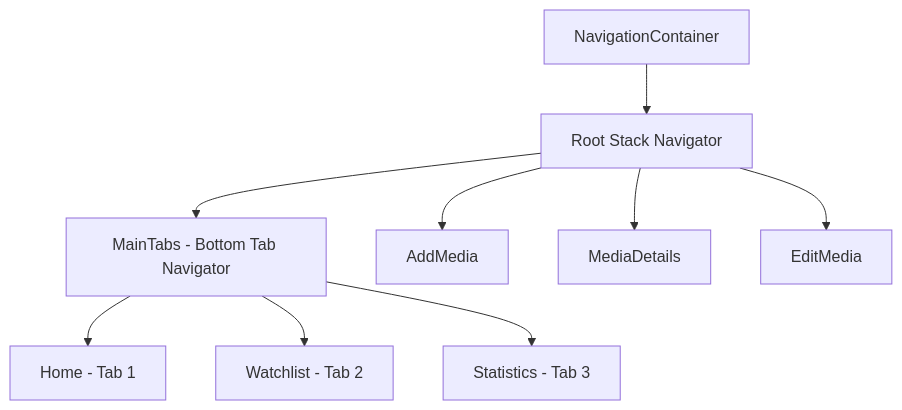
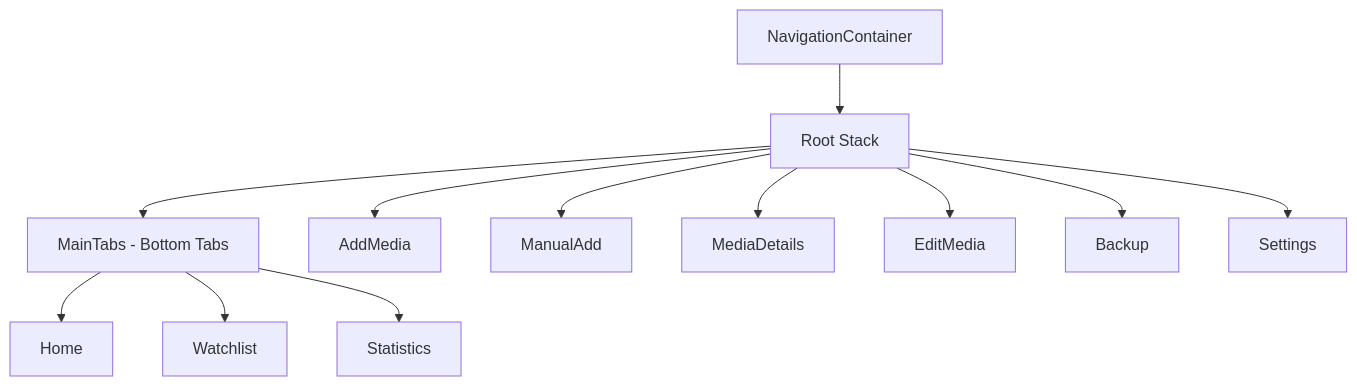
Before and after one commit to Aldo-Kristian/CineTrack: the diagram in docs/13-implementation-plan.md, drawn with Mermaid. The commit also changed other lines of this file and 17 other files, not shown here.

````diff
--- a/docs/13-implementation-plan.md
+++ b/docs/13-implementation-plan.md
@@ -161,11 +120,14 @@
 ```mermaid
 flowchart TB
-    NC[NavigationContainer] --> RS[Root Stack Navigator]
-    RS --> MT[MainTabs - Bottom Tab Navigator]
+    NC[NavigationContainer] --> RS[Root Stack]
+    RS --> MT[MainTabs - Bottom Tabs]
     RS --> AM[AddMedia]
+    RS --> MA[ManualAdd]
     RS --> MD[MediaDetails]
     RS --> EM[EditMedia]
-    MT --> H[Home - Tab 1]
-    MT --> W[Watchlist - Tab 2]
-    MT --> S[Statistics - Tab 3]
+    RS --> BK[Backup]
+    RS --> ST[Settings]
+    MT --> H[Home]
+    MT --> W[Watchlist]
+    MT --> S[Statistics]
 ```
````
